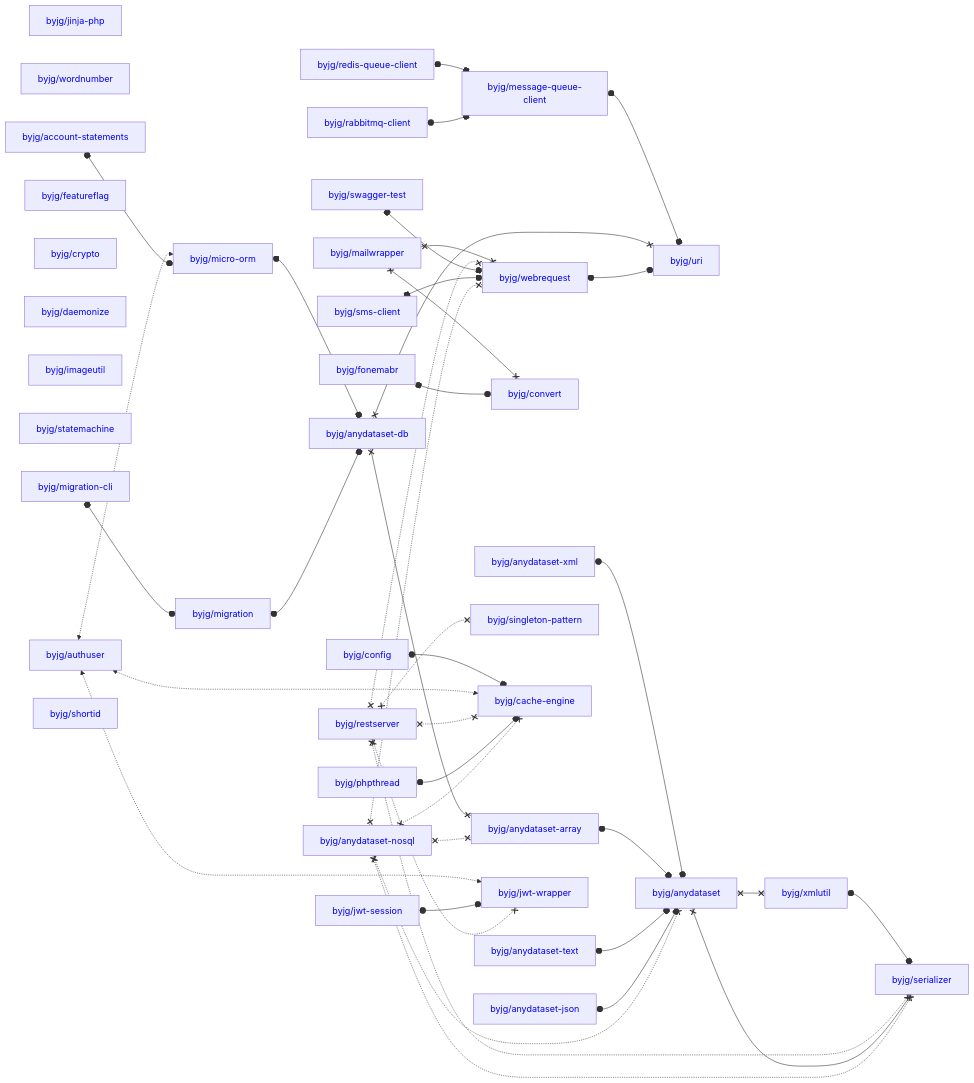
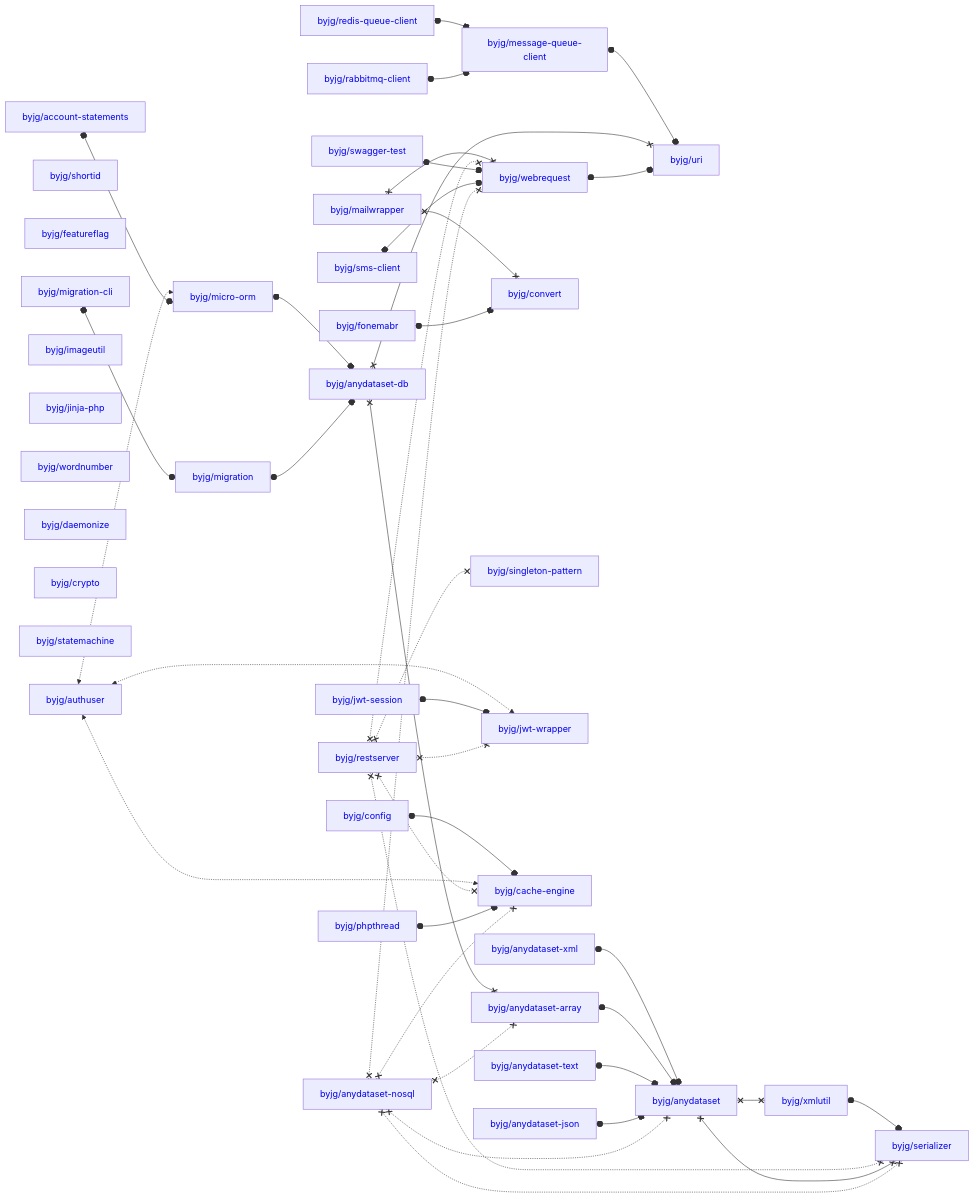
The diagram in docs/php/README.md (byjg/byjg.github.io), drawn with Mermaid before and after one commit. The commit also changed other lines of this file, not shown here.

Commit message:
Update documentation 'php' 'php-migration'

````diff
--- a/docs/php/README.md
+++ b/docs/php/README.md
@@ -3,80 +3,80 @@
 ```mermaid
 graph LR;
+  byjg/authuser[<a href='https://opensource.byjg.com/docs/php/authuser' style='text-decoration:none'>byjg/authuser</a>];
+  byjg/anydataset-text[<a href='https://opensource.byjg.com/docs/php/anydataset-text' style='text-decoration:none'>byjg/anydataset-text</a>];
+  byjg/anydataset-json[<a href='https://opensource.byjg.com/docs/php/anydataset-json' style='text-decoration:none'>byjg/anydataset-json</a>];
+  byjg/mailwrapper[<a href='https://opensource.byjg.com/docs/php/mailwrapper' style='text-decoration:none'>byjg/mailwrapper</a>];
+  byjg/sms-client[<a href='https://opensource.byjg.com/docs/php/sms-client' style='text-decoration:none'>byjg/sms-client</a>];
+  byjg/anydataset-xml[<a href='https://opensource.byjg.com/docs/php/anydataset-xml' style='text-decoration:none'>byjg/anydataset-xml</a>];
+  byjg/shortid[<a href='https://opensource.byjg.com/docs/php/shortid' style='text-decoration:none'>byjg/shortid</a>];
+  byjg/jwt-session[<a href='https://opensource.byjg.com/docs/php/jwt-session' style='text-decoration:none'>byjg/jwt-session</a>];
+  byjg/featureflag[<a href='https://opensource.byjg.com/docs/php/featureflag' style='text-decoration:none'>byjg/featureflag</a>];
+  byjg/fonemabr[<a href='https://opensource.byjg.com/docs/php/fonemabr' style='text-decoration:none'>byjg/fonemabr</a>];
+  byjg/phpthread[<a href='https://opensource.byjg.com/docs/php/phpthread' style='text-decoration:none'>byjg/phpthread</a>];
+  byjg/config[<a href='https://opensource.byjg.com/docs/php/config' style='text-decoration:none'>byjg/config</a>];
+  byjg/migration-cli[<a href='https://opensource.byjg.com/docs/php/migration-cli' style='text-decoration:none'>byjg/migration-cli</a>];
+  byjg/restserver[<a href='https://opensource.byjg.com/docs/php/restserver' style='text-decoration:none'>byjg/restserver</a>];
+  byjg/imageutil[<a href='https://opensource.byjg.com/docs/php/imageutil' style='text-decoration:none'>byjg/imageutil</a>];
   byjg/jinja-php[<a href='https://opensource.byjg.com/docs/php/jinja-php' style='text-decoration:none'>byjg/jinja-php</a>];
   byjg/wordnumber[<a href='https://opensource.byjg.com/docs/php/wordnumber' style='text-decoration:none'>byjg/wordnumber</a>];
+  byjg/anydataset-nosql[<a href='https://opensource.byjg.com/docs/php/anydataset-nosql' style='text-decoration:none'>byjg/anydataset-nosql</a>];
+  byjg/swagger-test[<a href='https://opensource.byjg.com/docs/php/swagger-test' style='text-decoration:none'>byjg/swagger-test</a>];
+  byjg/daemonize[<a href='https://opensource.byjg.com/docs/php/daemonize' style='text-decoration:none'>byjg/daemonize</a>];
+  byjg/crypto[<a href='https://opensource.byjg.com/docs/php/crypto' style='text-decoration:none'>byjg/crypto</a>];
+  byjg/statemachine[<a href='https://opensource.byjg.com/docs/php/statemachine' style='text-decoration:none'>byjg/statemachine</a>];
+  byjg/redis-queue-client[<a href='https://opensource.byjg.com/docs/php/redis-queue-client' style='text-decoration:none'>byjg/redis-queue-client</a>];
+  byjg/rabbitmq-client[<a href='https://opensource.byjg.com/docs/php/rabbitmq-client' style='text-decoration:none'>byjg/rabbitmq-client</a>];
   byjg/account-statements[<a href='https://opensource.byjg.com/docs/php/account-statements' style='text-decoration:none'>byjg/account-statements</a>];
-  byjg/featureflag[<a href='https://opensource.byjg.com/docs/php/featureflag' style='text-decoration:none'>byjg/featureflag</a>];
-  byjg/crypto[<a href='https://opensource.byjg.com/docs/php/crypto' style='text-decoration:none'>byjg/crypto</a>];
-  byjg/jwt-session[<a href='https://opensource.byjg.com/docs/php/jwt-session' style='text-decoration:none'>byjg/jwt-session</a>];
-  byjg/config[<a href='https://opensource.byjg.com/docs/php/config' style='text-decoration:none'>byjg/config</a>];
-  byjg/daemonize[<a href='https://opensource.byjg.com/docs/php/daemonize' style='text-decoration:none'>byjg/daemonize</a>];
-  byjg/mailwrapper[<a href='https://opensource.byjg.com/docs/php/mailwrapper' style='text-decoration:none'>byjg/mailwrapper</a>];
-  byjg/imageutil[<a href='https://opensource.byjg.com/docs/php/imageutil' style='text-decoration:none'>byjg/imageutil</a>];
-  byjg/statemachine[<a href='https://opensource.byjg.com/docs/php/statemachine' style='text-decoration:none'>byjg/statemachine</a>];
-  byjg/sms-client[<a href='https://opensource.byjg.com/docs/php/sms-client' style='text-decoration:none'>byjg/sms-client</a>];
-  byjg/authuser[<a href='https://opensource.byjg.com/docs/php/authuser' style='text-decoration:none'>byjg/authuser</a>];
-  byjg/swagger-test[<a href='https://opensource.byjg.com/docs/php/swagger-test' style='text-decoration:none'>byjg/swagger-test</a>];
-  byjg/fonemabr[<a href='https://opensource.byjg.com/docs/php/fonemabr' style='text-decoration:none'>byjg/fonemabr</a>];
-  byjg/anydataset-xml[<a href='https://opensource.byjg.com/docs/php/anydataset-xml' style='text-decoration:none'>byjg/anydataset-xml</a>];
-  byjg/redis-queue-client[<a href='https://opensource.byjg.com/docs/php/redis-queue-client' style='text-decoration:none'>byjg/redis-queue-client</a>];
-  byjg/anydataset-text[<a href='https://opensource.byjg.com/docs/php/anydataset-text' style='text-decoration:none'>byjg/anydataset-text</a>];
-  byjg/anydataset-nosql[<a href='https://opensource.byjg.com/docs/php/anydataset-nosql' style='text-decoration:none'>byjg/anydataset-nosql</a>];
-  byjg/phpthread[<a href='https://opensource.byjg.com/docs/php/phpthread' style='text-decoration:none'>byjg/phpthread</a>];
-  byjg/rabbitmq-client[<a href='https://opensource.byjg.com/docs/php/rabbitmq-client' style='text-decoration:none'>byjg/rabbitmq-client</a>];
-  byjg/restserver[<a href='https://opensource.byjg.com/docs/php/restserver' style='text-decoration:none'>byjg/restserver</a>];
-  byjg/migration-cli[<a href='https://opensource.byjg.com/docs/php/migration-cli' style='text-decoration:none'>byjg/migration-cli</a>];
-  byjg/shortid[<a href='https://opensource.byjg.com/docs/php/shortid' style='text-decoration:none'>byjg/shortid</a>];
-  byjg/anydataset-json[<a href='https://opensource.byjg.com/docs/php/anydataset-json' style='text-decoration:none'>byjg/anydataset-json</a>];
-  byjg/micro-orm[<a href='https://opensource.byjg.com/docs/php/micro-orm' style='text-decoration:none'>byjg/micro-orm</a>];
   byjg/convert[<a href='https://opensource.byjg.com/docs/php/convert' style='text-decoration:none'>byjg/convert</a>];
-  byjg/message-queue-client[<a href='https://opensource.byjg.com/docs/php/message-queue-client' style='text-decoration:none'>byjg/message-queue-client</a>];
+  byjg/migration[<a href='https://opensource.byjg.com/docs/php/migration' style='text-decoration:none'>byjg/migration</a>];
   byjg/singleton-pattern[<a href='https://opensource.byjg.com/docs/php/singleton-pattern' style='text-decoration:none'>byjg/singleton-pattern</a>];
+  byjg/jwt-wrapper[<a href='https://opensource.byjg.com/docs/php/jwt-wrapper' style='text-decoration:none'>byjg/jwt-wrapper</a>];
   byjg/cache-engine[<a href='https://opensource.byjg.com/docs/php/cache-engine' style='text-decoration:none'>byjg/cache-engine</a>];
   byjg/webrequest[<a href='https://opensource.byjg.com/docs/php/webrequest' style='text-decoration:none'>byjg/webrequest</a>];
-  byjg/jwt-wrapper[<a href='https://opensource.byjg.com/docs/php/jwt-wrapper' style='text-decoration:none'>byjg/jwt-wrapper</a>];
-  byjg/migration[<a href='https://opensource.byjg.com/docs/php/migration' style='text-decoration:none'>byjg/migration</a>];
+  byjg/message-queue-client[<a href='https://opensource.byjg.com/docs/php/message-queue-client' style='text-decoration:none'>byjg/message-queue-client</a>];
+  byjg/micro-orm[<a href='https://opensource.byjg.com/docs/php/micro-orm' style='text-decoration:none'>byjg/micro-orm</a>];
   byjg/anydataset-db[<a href='https://opensource.byjg.com/docs/php/anydataset-db' style='text-decoration:none'>byjg/anydataset-db</a>];
   byjg/anydataset-array[<a href='https://opensource.byjg.com/docs/php/anydataset-array' style='text-decoration:none'>byjg/anydataset-array</a>];
   byjg/uri[<a href='https://opensource.byjg.com/docs/php/uri' style='text-decoration:none'>byjg/uri</a>];
   byjg/anydataset[<a href='https://opensource.byjg.com/docs/php/anydataset' style='text-decoration:none'>byjg/anydataset</a>];
   byjg/xmlutil[<a href='https://opensource.byjg.com/docs/php/xmlutil' style='text-decoration:none'>byjg/xmlutil</a>];
   byjg/serializer[<a href='https://opensource.byjg.com/docs/php/serializer' style='text-decoration:none'>byjg/serializer</a>];
   byjg/anydataset-xml o--o byjg/anydataset;
   byjg/config o--o byjg/cache-engine;
   byjg/authuser <-.-> byjg/micro-orm;
   byjg/authuser <-.-> byjg/cache-engine;
   byjg/authuser <-.-> byjg/jwt-wrapper;
   byjg/jwt-session o--o byjg/jwt-wrapper;
   byjg/redis-queue-client o--o byjg/message-queue-client;
   byjg/xmlutil o--o byjg/serializer;
   byjg/anydataset-array o--o byjg/anydataset;
   byjg/anydataset-text o--o byjg/anydataset;
   byjg/mailwrapper x--x byjg/convert;
   byjg/mailwrapper x--x byjg/webrequest;
   byjg/restserver x-.-x byjg/serializer;
   byjg/restserver x-.-x byjg/singleton-pattern;
   byjg/restserver x-.-x byjg/cache-engine;
   byjg/restserver x-.-x byjg/webrequest;
   byjg/restserver x-.-x byjg/jwt-wrapper;
   byjg/anydataset x--x byjg/serializer;
   byjg/anydataset x--x byjg/xmlutil;
   byjg/micro-orm o--o byjg/anydataset-db;
   byjg/phpthread o--o byjg/cache-engine;
   byjg/anydataset-json o--o byjg/anydataset;
   byjg/swagger-test o--o byjg/webrequest;
   byjg/fonemabr o--o byjg/convert;
   byjg/account-statements o--o byjg/micro-orm;
   byjg/sms-client o--o byjg/webrequest;
   byjg/migration-cli o--o byjg/migration;
   byjg/message-queue-client o--o byjg/uri;
   byjg/anydataset-db x--x byjg/anydataset-array;
   byjg/anydataset-db x--x byjg/uri;
   byjg/webrequest o--o byjg/uri;
   byjg/migration o--o byjg/anydataset-db;
   byjg/rabbitmq-client o--o byjg/message-queue-client;
   byjg/anydataset-nosql x-.-x byjg/anydataset;
   byjg/anydataset-nosql x-.-x byjg/anydataset-array;
   byjg/anydataset-nosql x-.-x byjg/serializer;
   byjg/anydataset-nosql x-.-x byjg/webrequest;
   byjg/anydataset-nosql x-.-x byjg/cache-engine;
 ```
````
